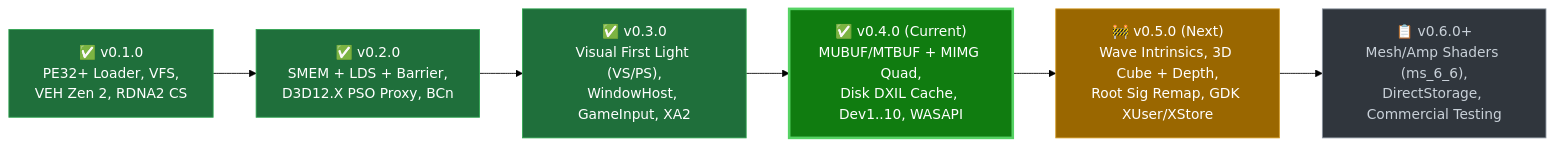
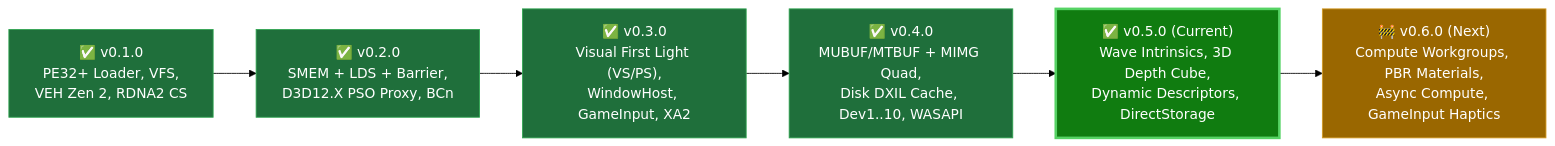
One commit to Batushn/KestrelX changed the first of 2 diagrams in README.md. Above: the diagram before and after it, drawn with Mermaid (forest theme). The commit also changed other lines of this file and 15 other files, not shown here.

Commit message:
feat(v0.5.0): RDNA2 Wave Intrinsics, 3D Depth Cube, Dynamic Descriptors & DirectStorage HLE (Closes #14, #15, #16, #17)

````diff
--- a/README.md
+++ b/README.md
@@ -49,18 +55,18 @@
 ```mermaid
 flowchart LR
     M1["✅ v0.1.0<br/>PE32+ Loader, VFS,<br/>VEH Zen 2, RDNA2 CS"]
     M2["✅ v0.2.0<br/>SMEM + LDS + Barrier,<br/>D3D12.X PSO Proxy, BCn"]
     M3["✅ v0.3.0<br/>Visual First Light (VS/PS),<br/>WindowHost, GameInput, XA2"]
-    M4["✅ v0.4.0 (Current)<br/>MUBUF/MTBUF + MIMG Quad,<br/>Disk DXIL Cache, Dev1..10, WASAPI"]
-    M5["🚧 v0.5.0 (Next)<br/>Wave Intrinsics, 3D Cube + Depth,<br/>Root Sig Remap, GDK XUser/XStore"]
-    M6["📋 v0.6.0+<br/>Mesh/Amp Shaders (ms_6_6),<br/>DirectStorage, Commercial Testing"]
+    M4["✅ v0.4.0<br/>MUBUF/MTBUF + MIMG Quad,<br/>Disk DXIL Cache, Dev1..10, WASAPI"]
+    M5["✅ v0.5.0 (Current)<br/>Wave Intrinsics, 3D Depth Cube,<br/>Dynamic Descriptors, DirectStorage"]
+    M6["🚧 v0.6.0 (Next)<br/>Compute Workgroups, PBR Materials,<br/>Async Compute, GameInput Haptics"]
 
     M1 --> M2 --> M3 --> M4 --> M5 --> M6
 
     style M1 fill:#1f6f3b,stroke:#2ea44f,color:#fff
     style M2 fill:#1f6f3b,stroke:#2ea44f,color:#fff
     style M3 fill:#1f6f3b,stroke:#2ea44f,color:#fff
-    style M4 fill:#107c10,stroke:#56d364,stroke-width:3px,color:#fff
-    style M5 fill:#9a6700,stroke:#d29922,color:#fff
-    style M6 fill:#30363d,stroke:#8b949e,color:#c9d1d9
+    style M4 fill:#1f6f3b,stroke:#2ea44f,color:#fff
+    style M5 fill:#107c10,stroke:#56d364,stroke-width:3px,color:#fff
+    style M6 fill:#9a6700,stroke:#d29922,color:#fff
 ```
````
